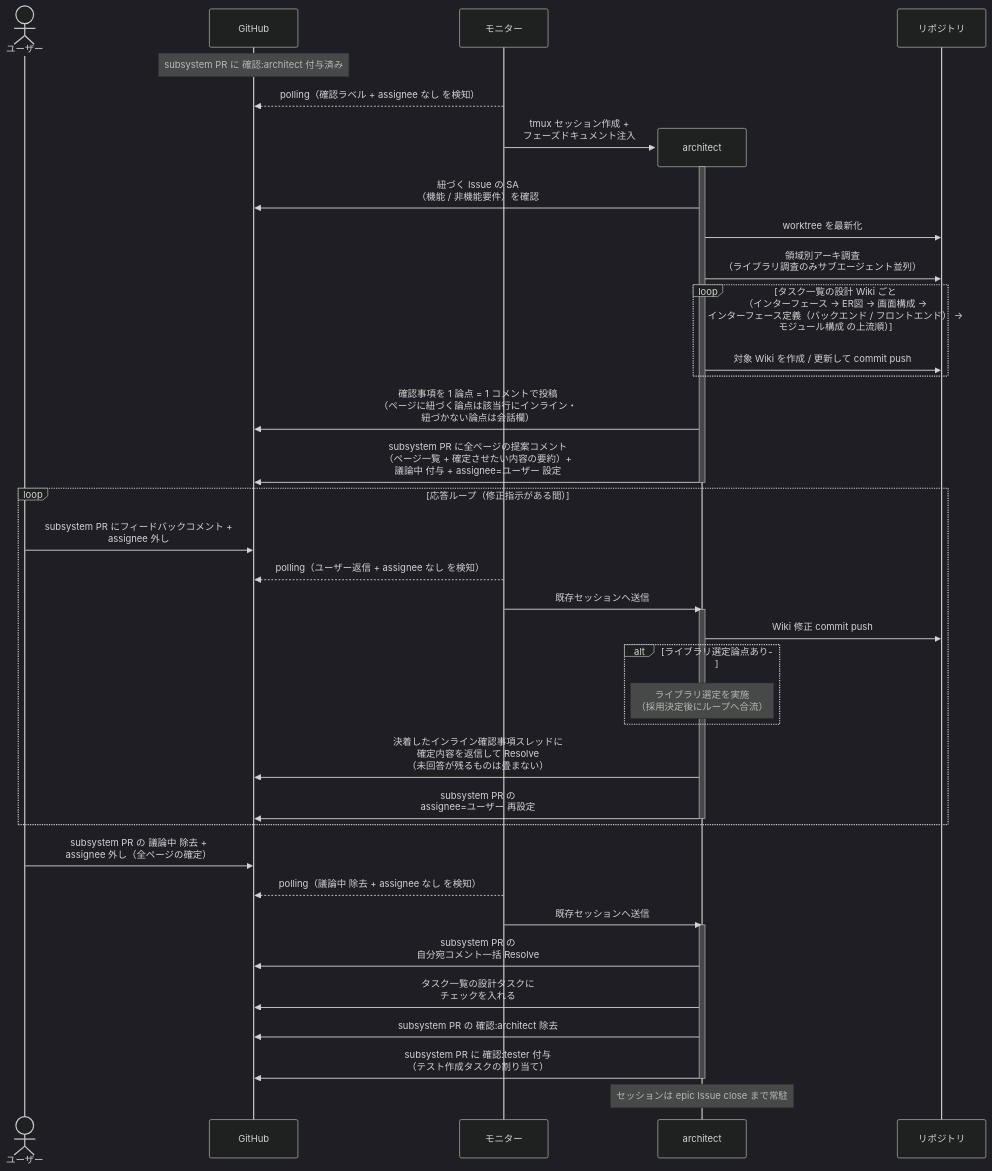
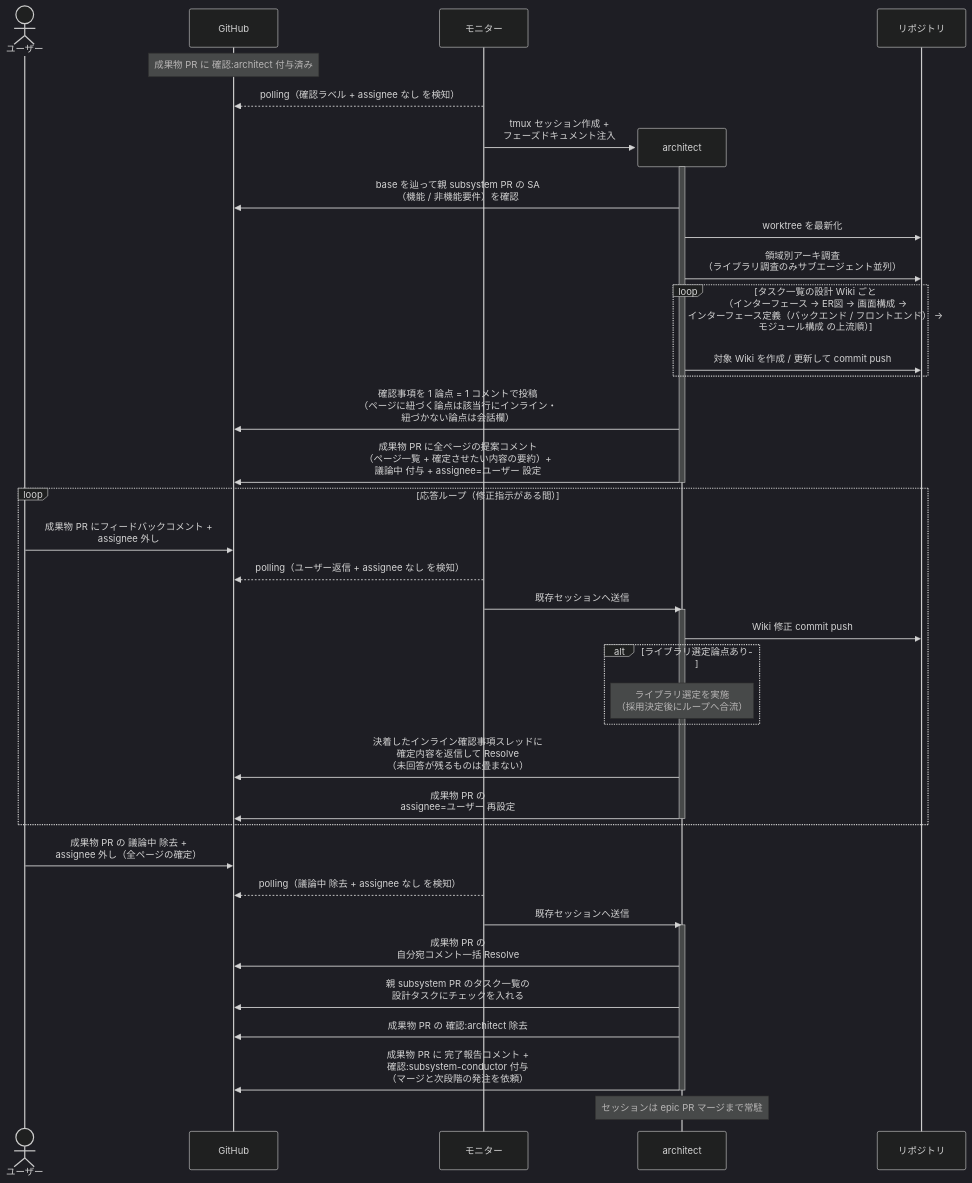
Before and after one commit to shuhei1101/ai-monitor: the first of 7 diagrams in docs/wiki/設計図/シナリオ/単一ユースケース/SS設計.md, drawn with Mermaid (dark theme). The commit also changed other lines of this file and 256 other files, not shown here.

````diff
--- a/docs/wiki/設計図/シナリオ/単一ユースケース/SS設計.md
+++ b/docs/wiki/設計図/シナリオ/単一ユースケース/SS設計.md
@@ -26,50 +26,50 @@
 ```mermaid
 sequenceDiagram
   actor U as ユーザー
   participant GH as GitHub
   participant ORC as モニター
 
-  Note over GH: subsystem PR に 確認:architect 付与済み
+  Note over GH: 成果物 PR に 確認:architect 付与済み
   ORC-->>GH: polling（確認ラベル + assignee なし を検知）
   create participant MON as architect
   ORC->>MON: tmux セッション作成 +<br>フェーズドキュメント注入
   participant REPO as リポジトリ
   activate MON
-  MON->>GH: 紐づく Issue の SA<br>（機能 / 非機能要件）を確認
+  MON->>GH: base を辿って親 subsystem PR の SA<br>（機能 / 非機能要件）を確認
   MON->>REPO: worktree を最新化
   MON->>REPO: 領域別アーキ調査<br>（ライブラリ調査のみサブエージェント並列）
 
   loop タスク一覧の設計 Wiki ごと<br>（インターフェース → ER図 → 画面構成 →<br>インターフェース定義（バックエンド / フロントエンド） →<br>モジュール構成 の上流順）
     MON->>REPO: 対象 Wiki を作成 / 更新して commit push
   end
 
   MON->>GH: 確認事項を 1 論点 = 1 コメントで投稿<br>（ページに紐づく論点は該当行にインライン・<br>紐づかない論点は会話欄）
-  MON->>GH: subsystem PR に全ページの提案コメント<br>（ページ一覧 + 確定させたい内容の要約）+<br>議論中 付与 + assignee=ユーザー 設定
+  MON->>GH: 成果物 PR に全ページの提案コメント<br>（ページ一覧 + 確定させたい内容の要約）+<br>議論中 付与 + assignee=ユーザー 設定
   deactivate MON
 
   loop 応答ループ（修正指示がある間）
-    U->>GH: subsystem PR にフィードバックコメント +<br>assignee 外し
+    U->>GH: 成果物 PR にフィードバックコメント +<br>assignee 外し
     ORC-->>GH: polling（ユーザー返信 + assignee なし を検知）
     ORC->>MON: 既存セッションへ送信
     activate MON
     MON->>REPO: Wiki 修正 commit push
     alt ライブラリ選定論点あり
       Note over MON: ライブラリ選定を実施<br>（採用決定後にループへ合流）
     end
     MON->>GH: 決着したインライン確認事項スレッドに<br>確定内容を返信して Resolve<br>（未回答が残るものは畳まない）
-    MON->>GH: subsystem PR の<br>assignee=ユーザー 再設定
+    MON->>GH: 成果物 PR の<br>assignee=ユーザー 再設定
     deactivate MON
   end
 
-  U->>GH: subsystem PR の 議論中 除去 +<br>assignee 外し（全ページの確定）
+  U->>GH: 成果物 PR の 議論中 除去 +<br>assignee 外し（全ページの確定）
   ORC-->>GH: polling（議論中 除去 + assignee なし を検知）
   ORC->>MON: 既存セッションへ送信
   activate MON
-  MON->>GH: subsystem PR の<br>自分宛コメント一括 Resolve
+  MON->>GH: 成果物 PR の<br>自分宛コメント一括 Resolve
 
-  MON->>GH: タスク一覧の設計タスクに<br>チェックを入れる
-  MON->>GH: subsystem PR の 確認:architect 除去
-  MON->>GH: subsystem PR に 確認:tester 付与<br>（テスト作成タスクの割り当て）
+  MON->>GH: 親 subsystem PR のタスク一覧の<br>設計タスクにチェックを入れる
+  MON->>GH: 成果物 PR の 確認:architect 除去
+  MON->>GH: 成果物 PR に 完了報告コメント +<br>確認:subsystem-conductor 付与<br>（マージと次段階の発注を依頼）
   deactivate MON
-  Note over MON: セッションは epic Issue close まで常駐
+  Note over MON: セッションは epic PR マージまで常駐
 ```
````
